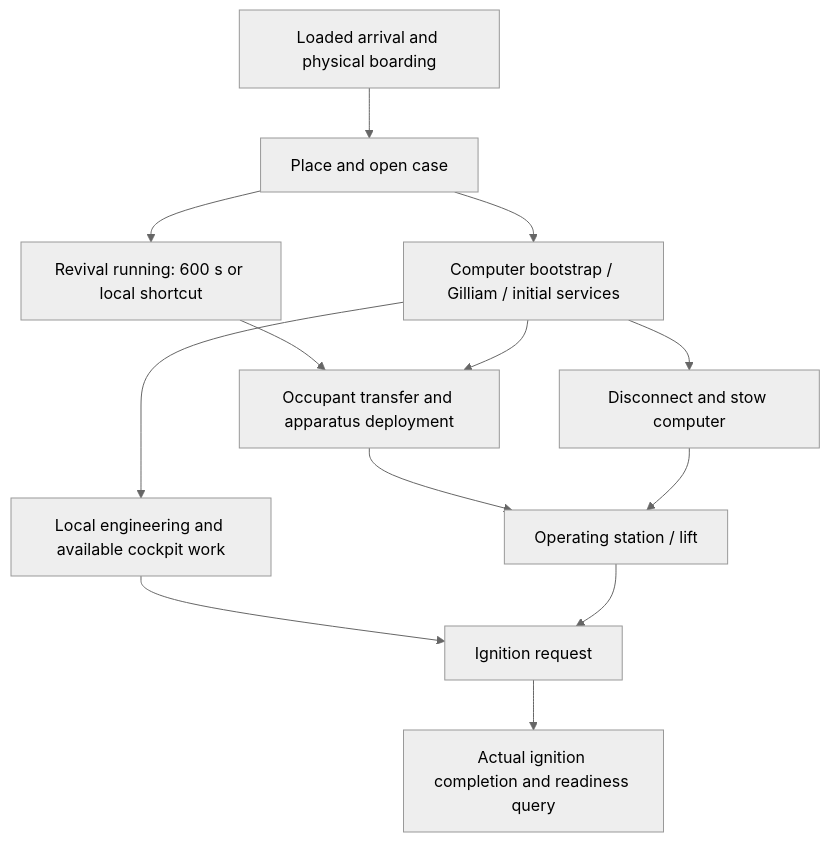
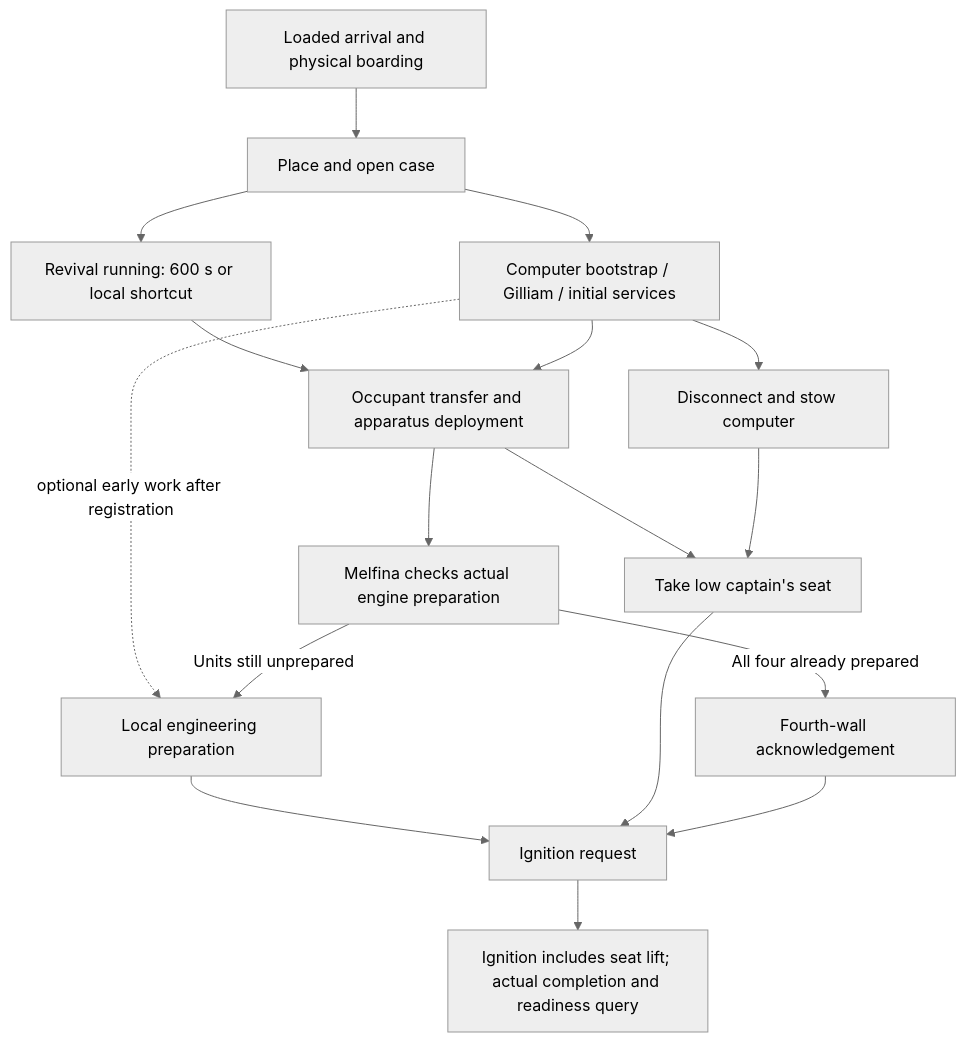
Before and after one commit to Phishinabowl/Outlaw-Star-Sim: the diagram in docs/implementation/phase-1-3-action-readiness-draft.md, drawn with Mermaid (neutral theme). The commit also changed other lines of this file and 5 other files, not shown here.

````diff
--- a/docs/implementation/phase-1-3-action-readiness-draft.md
+++ b/docs/implementation/phase-1-3-action-readiness-draft.md
@@ -363,15 +611,19 @@
 ```mermaid
 flowchart TD
   A[Loaded arrival and physical boarding] --> B[Place and open case]
   B --> C[Revival running: 600 s or local shortcut]
   B --> D[Computer bootstrap / Gilliam / initial services]
-  D --> E[Local engineering and available cockpit work]
+  D -. optional early work after registration .-> E[Local engineering preparation]
   D --> F[Disconnect and stow computer]
   C --> G[Occupant transfer and apparatus deployment]
   D --> G
-  G --> H[Operating station / lift]
+  G --> K[Melfina checks actual engine preparation]
+  K -->|Units still unprepared| E
+  K -->|All four already prepared| L[Fourth-wall acknowledgement]
+  G --> H[Take low captain's seat]
   F --> H
   E --> I[Ignition request]
   H --> I
-  I --> J[Actual ignition completion and readiness query]
+  L --> I
+  I --> J[Ignition includes seat lift; actual completion and readiness query]
 ```
````
